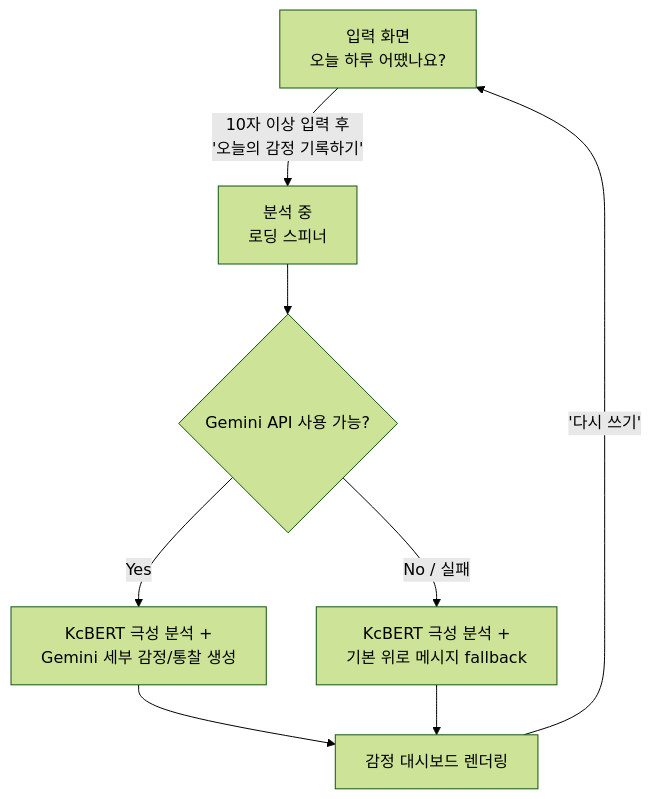
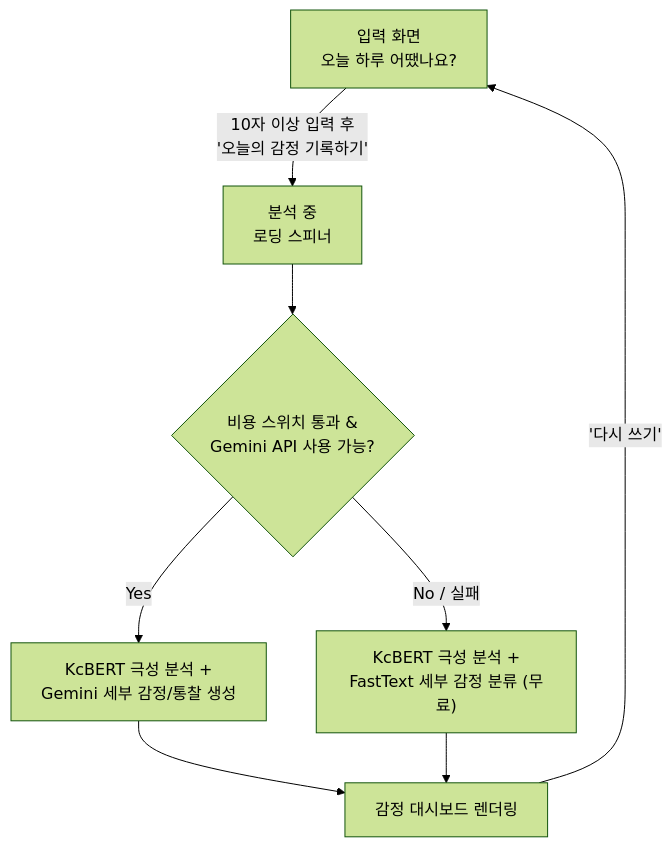
Before and after one commit to jeongbin01/Emotion_Diary: the third of 3 diagrams in README.md, drawn with Mermaid (forest theme). The commit also changed other lines of this file and 63 other files, not shown here.

Commit message:
FastAPI 기반 감정 분석 백엔드 및 일기 저장 기능 추가

````diff
--- a/README.md
+++ b/README.md
@@ -65,10 +334,10 @@
 ```mermaid
 flowchart TD
     A["입력 화면<br/>오늘 하루 어땠나요?"] -->|"10자 이상 입력 후<br/>'오늘의 감정 기록하기'"| B["분석 중<br/>로딩 스피너"]
-    B --> C{"Gemini API 사용 가능?"}
+    B --> C{"비용 스위치 통과 &<br/>Gemini API 사용 가능?"}
     C -->|"Yes"| D["KcBERT 극성 분석 +<br/>Gemini 세부 감정/통찰 생성"]
-    C -->|"No / 실패"| E["KcBERT 극성 분석 +<br/>기본 위로 메시지 fallback"]
+    C -->|"No / 실패"| E["KcBERT 극성 분석 +<br/>FastText 세부 감정 분류 (무료)"]
     D --> F["감정 대시보드 렌더링"]
     E --> F
     F -->|"'다시 쓰기'"| A
 ```
````
